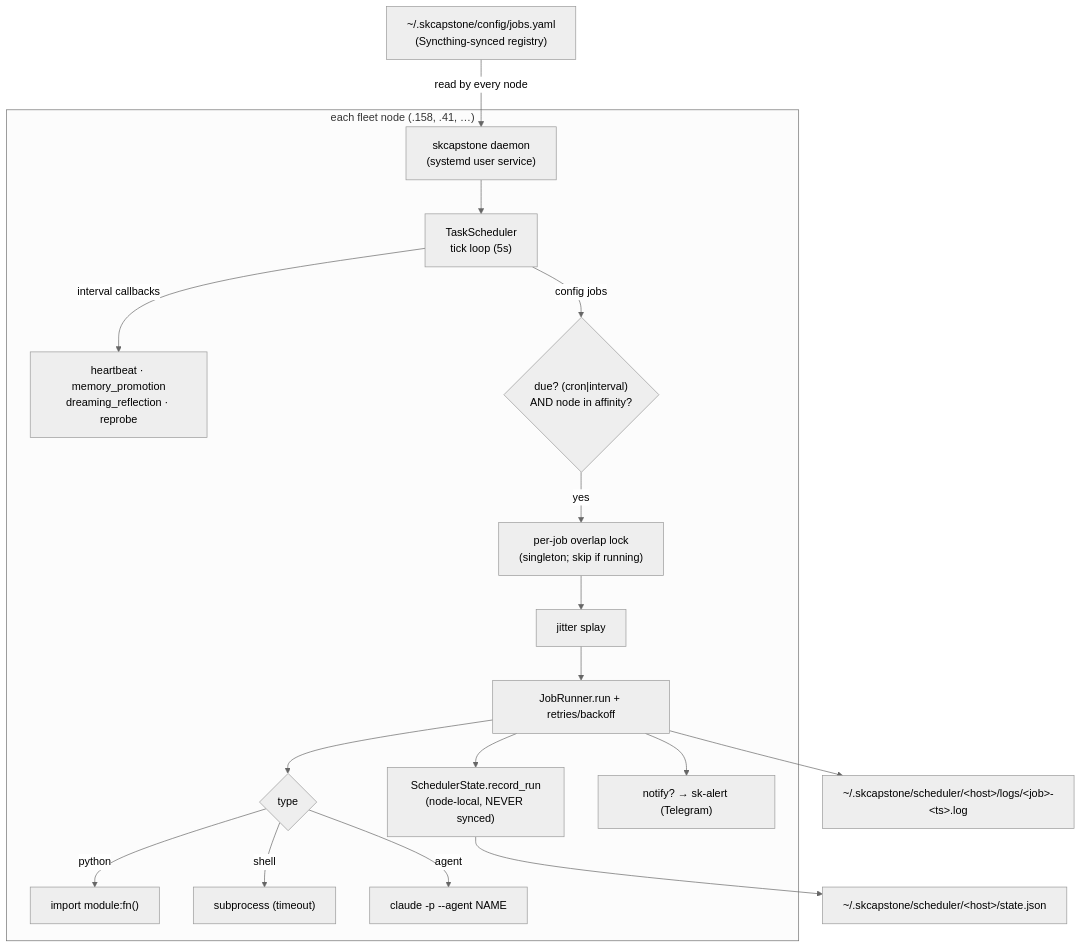
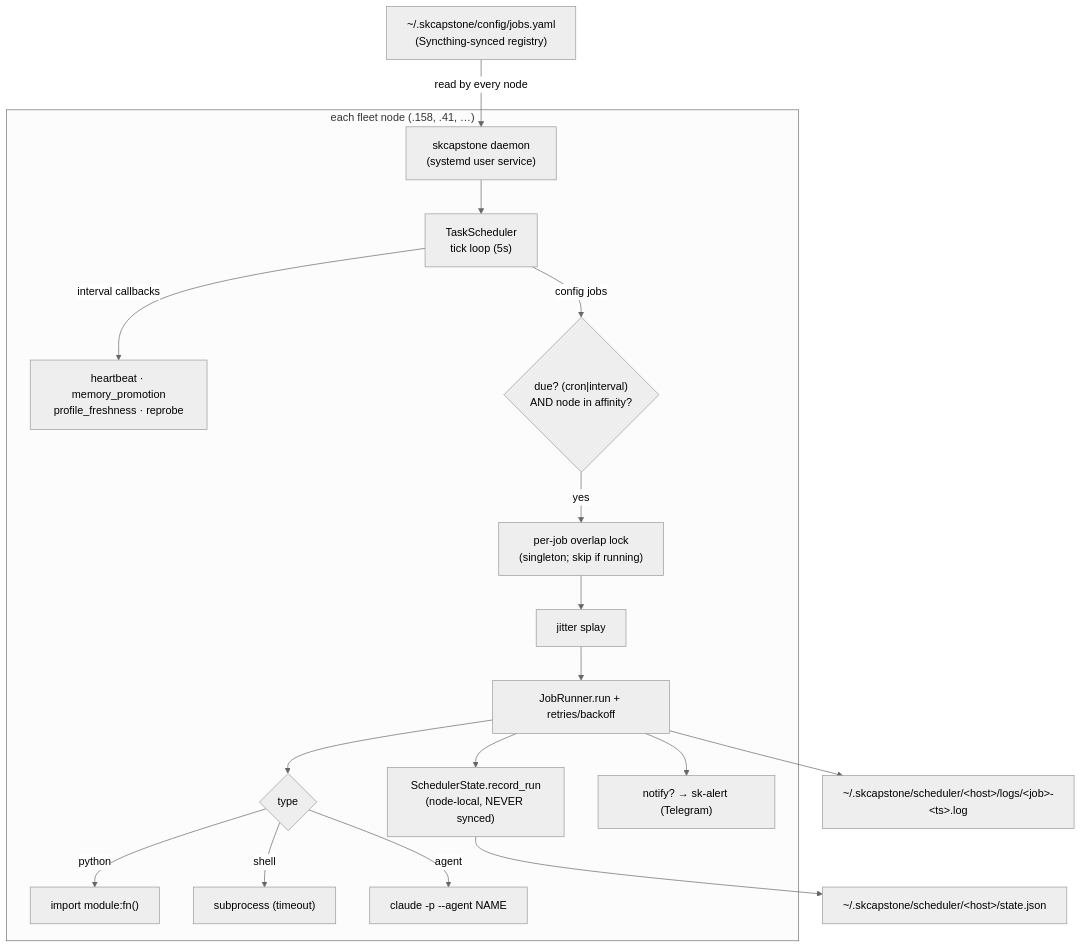
Before and after one commit to smilinTux/skcapstone: the first of 3 diagrams in docs/skscheduler.md, drawn with Mermaid (neutral theme). The commit also changed other lines of this file, not shown here.

First line of the commit message:
docs(scheduler): document the dreaming_reflection -> jobs.yaml migration

````diff
--- a/docs/skscheduler.md
+++ b/docs/skscheduler.md
@@ -18,19 +18,19 @@
 ```mermaid
 flowchart TD
     Y["~/.skcapstone/config/jobs.yaml<br/>(Syncthing-synced registry)"] -->|read by every node| D
     subgraph node["each fleet node (.158, .41, …)"]
       D["skcapstone daemon<br/>(systemd user service)"] --> TS["TaskScheduler<br/>tick loop (5s)"]
-      TS -->|interval callbacks| IC["heartbeat · memory_promotion<br/>dreaming_reflection · reprobe"]
+      TS -->|interval callbacks| IC["heartbeat · memory_promotion<br/>profile_freshness · reprobe"]
       TS -->|config jobs| DUE{"due? (cron|interval)<br/>AND node in affinity?"}
       DUE -->|yes| LK["per-job overlap lock<br/>(singleton; skip if running)"]
       LK --> JIT["jitter splay"] --> RUN["JobRunner.run + retries/backoff"]
       RUN --> DISP{type}
       DISP -->|python| PY["import module:fn()"]
       DISP -->|shell| SH["subprocess (timeout)"]
       DISP -->|agent| AG["claude -p --agent NAME"]
       RUN --> STATE["SchedulerState.record_run<br/>(node-local, NEVER synced)"]
       RUN --> NOTIFY["notify? → sk-alert (Telegram)"]
     end
     STATE --> SJ["~/.skcapstone/scheduler/&lt;host&gt;/state.json"]
     RUN --> LOG["~/.skcapstone/scheduler/&lt;host&gt;/logs/&lt;job&gt;-&lt;ts&gt;.log"]
 ```
````
